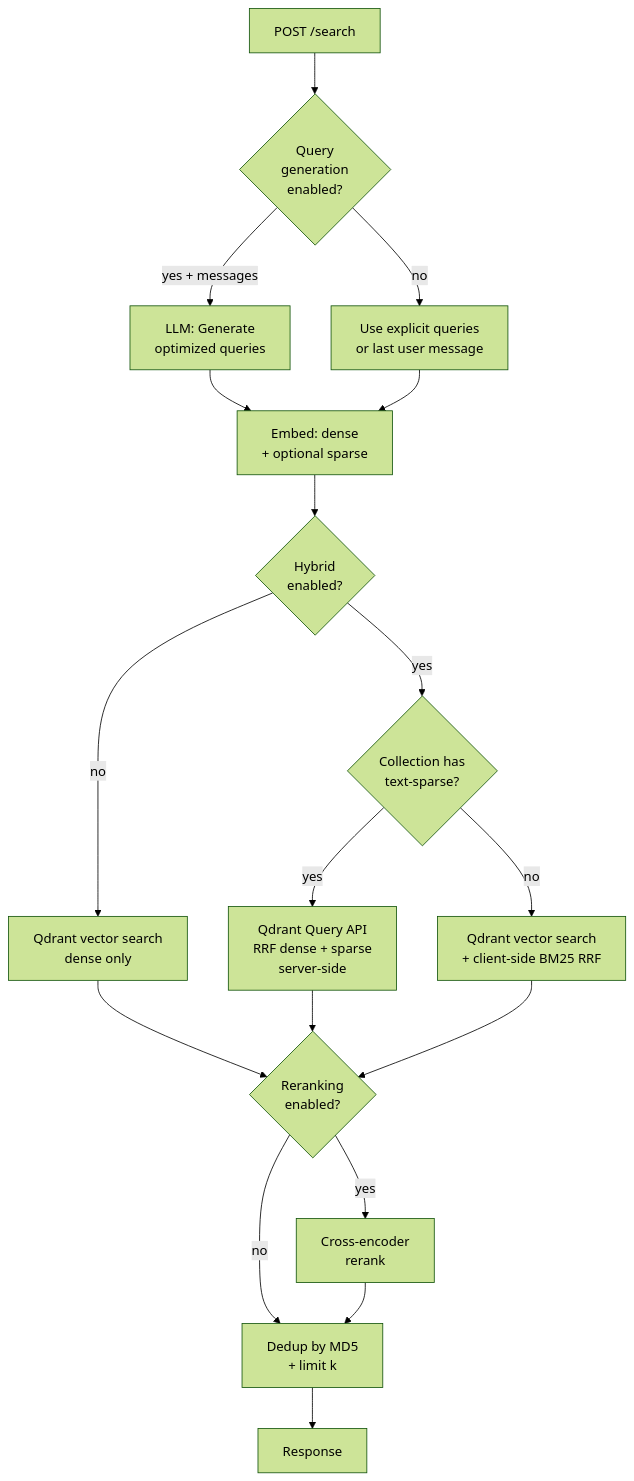
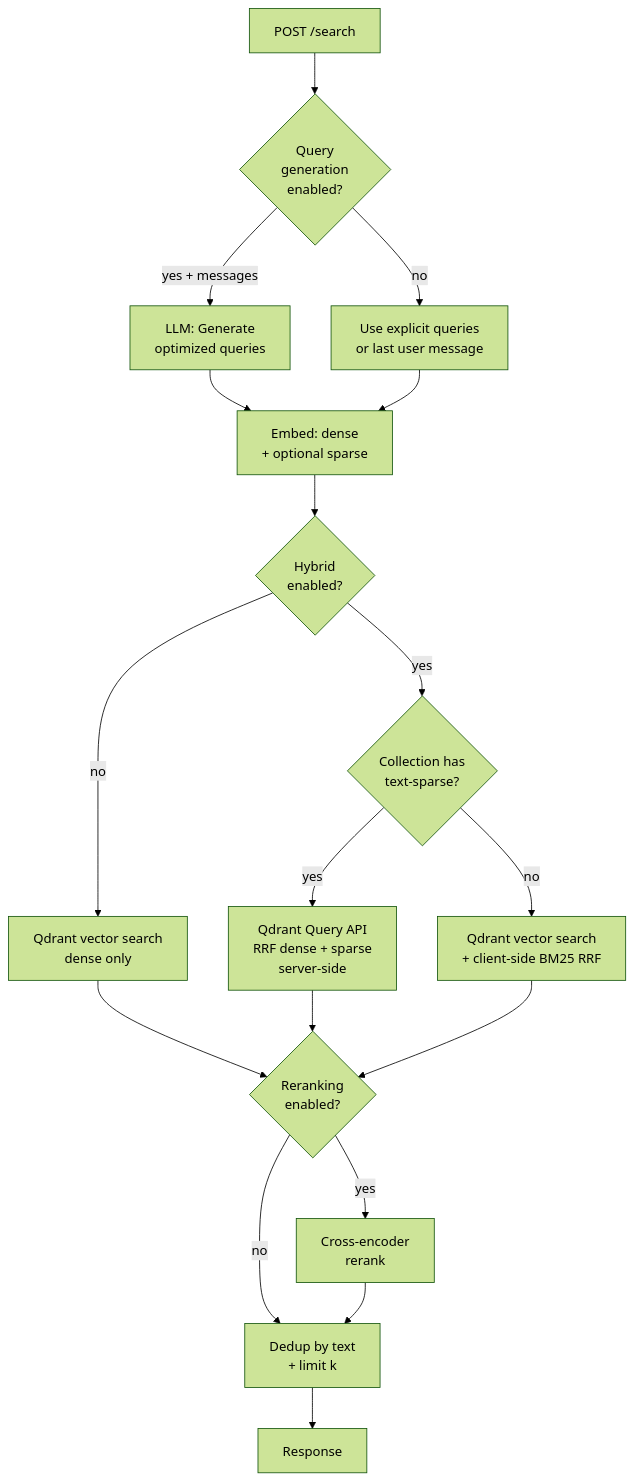
One commit to AarhusAI/retrieval-agent changed the first of 2 diagrams in README.md. Above: the diagram before and after it, drawn with Mermaid (forest theme). The commit also changed other lines of this file and 21 other files, not shown here.

````diff
--- a/README.md
+++ b/README.md
@@ -222,22 +222,22 @@
 ```mermaid
 flowchart TD
     A[POST /search] --> A1{Query<br/>generation<br/>enabled?}
     A1 -- "yes + messages" --> A2[LLM: Generate<br/>optimized queries]
     A1 -- no --> A3[Use explicit queries<br/>or last user message]
     A2 --> B[Embed: dense<br/>+ optional sparse]
     A3 --> B
 
     B --> D{Hybrid<br/>enabled?}
     D -- no --> Cdense[Qdrant vector search<br/>dense only]
     D -- yes --> S{Collection has<br/>text-sparse?}
     S -- yes --> Cnative[Qdrant Query API<br/>RRF dense + sparse<br/>server-side]
     S -- no --> Cbm25[Qdrant vector search<br/>+ client-side BM25 RRF]
 
     Cdense --> F{Reranking<br/>enabled?}
     Cnative --> F
     Cbm25 --> F
     F -- yes --> G[Cross-encoder<br/>rerank]
-    F -- no --> H[Dedup by MD5<br/>+ limit k]
+    F -- no --> H[Dedup by text<br/>+ limit k]
     G --> H
     H --> I[Response]
 ```
````
